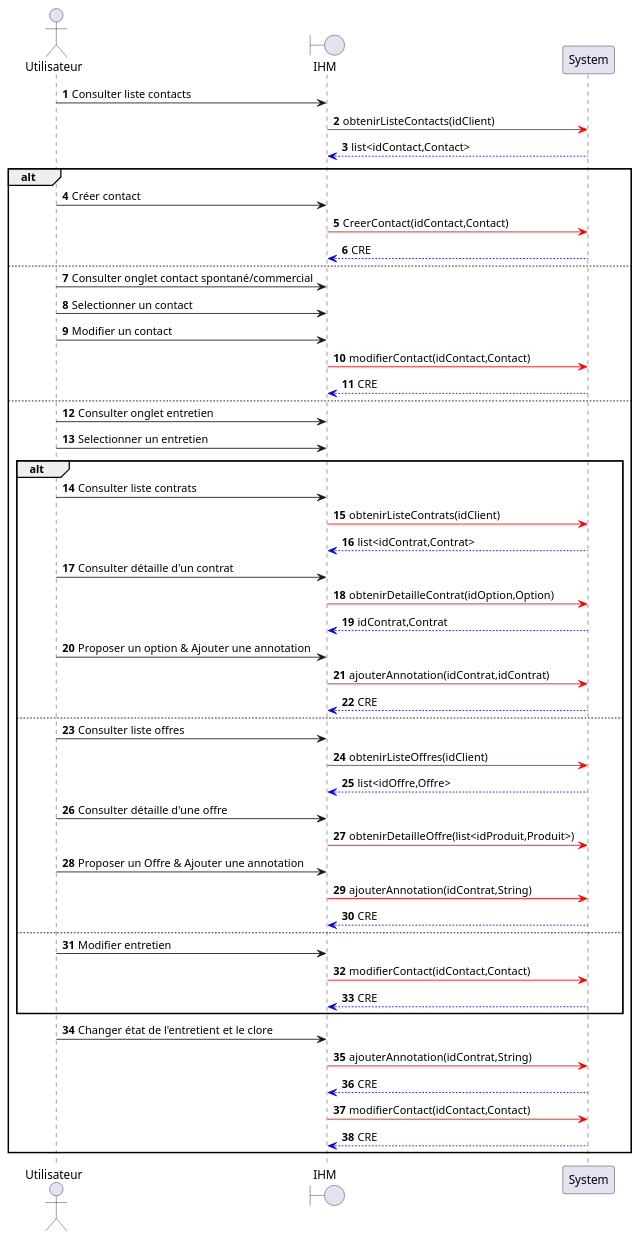
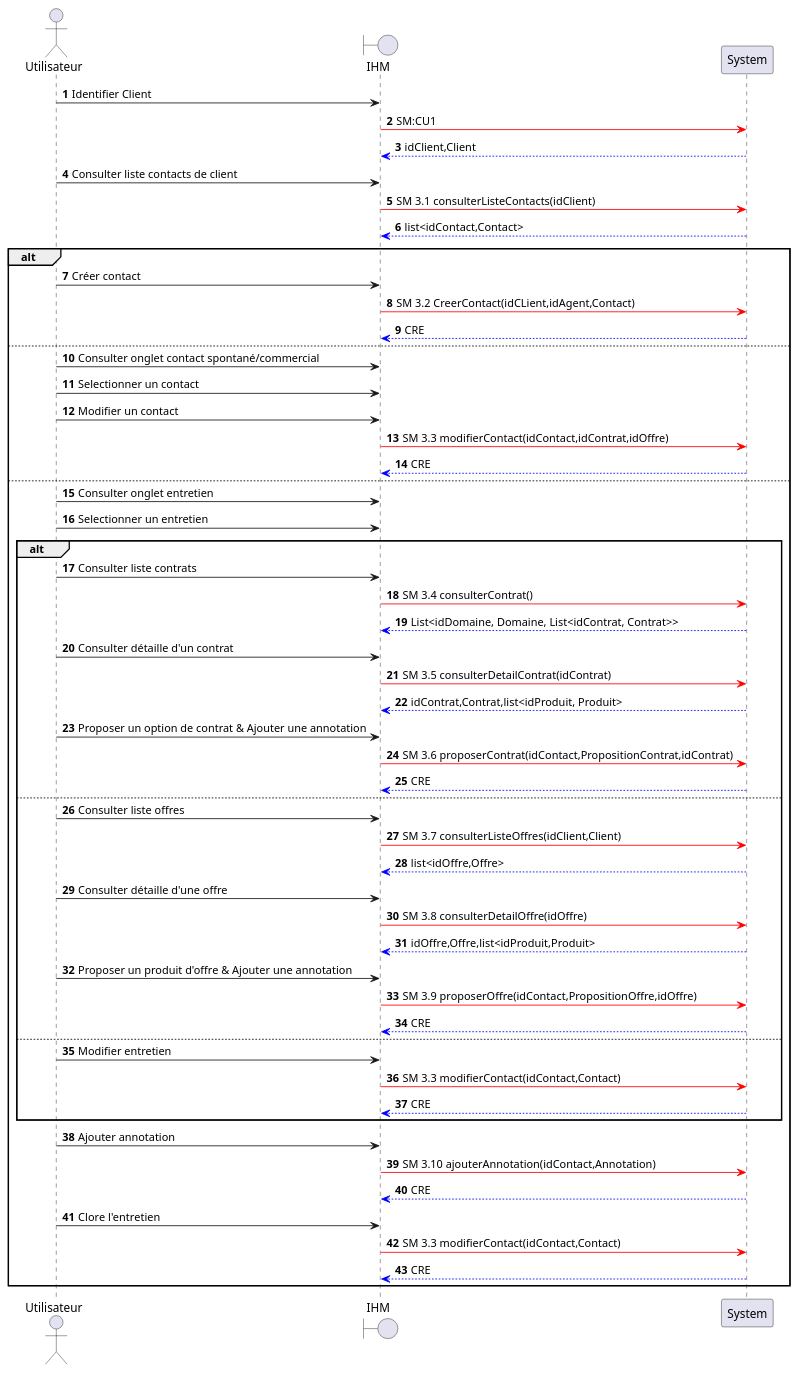
Before and after one commit to HZjiadong/PLD-MARS: the diagram in src/documentation/CU3-DSS.puml, drawn with PlantUML.

Commit message:
modif: modification de DA et de DSS de CU3.

```diff
--- a/src/documentation/CU3-DSS.puml
+++ b/src/documentation/CU3-DSS.puml
@@ -1,55 +1,60 @@
 @startuml
 actor Utilisateur as U
 boundary IHM as I
 participant System as S
 
 autonumber
+U->I: Identifier Client
+I-[#red]>S: SM:CU1
+S-[#0000FF]->I: idClient,Client
 
-U->I: Consulter liste contacts
-I-[#red]>S: obtenirListeContacts(idClient)
+U->I: Consulter liste contacts de client
+I-[#red]>S: SM 3.1 consulterListeContacts(idClient)
 S-[#0000FF]->I: list<idContact,Contact>
 
 alt
     U->I: Créer contact
-    I-[#red]>S: CreerContact(idContact,Contact)
+    I-[#red]>S: SM 3.2 CreerContact(idCLient,idAgent,Contact)
     S-[#0000FF]->I: CRE
 else
     U->I: Consulter onglet contact spontané/commercial
     U->I: Selectionner un contact
     U->I: Modifier un contact
-    I-[#red]>S: modifierContact(idContact,Contact)
+    I-[#red]>S: SM 3.3 modifierContact(idContact,idContrat,idOffre)
     S-[#0000FF]->I: CRE
 else
     U->I: Consulter onglet entretien
     U->I: Selectionner un entretien
     alt
         U->I: Consulter liste contrats
-        I-[#red]>S: obtenirListeContrats(idClient)
-        S-[#0000FF]->I: list<idContrat,Contrat>
+        I-[#red]>S: SM 3.4 consulterContrat()
+        S-[#0000FF]->I: List<idDomaine, Domaine, List<idContrat, Contrat>>
         U->I: Consulter détaille d'un contrat
-        I-[#red]>S: obtenirDetailleContrat(idOption,Option)
-        S-[#0000FF]->I: idContrat,Contrat
-        U->I: Proposer un option & Ajouter une annotation
-        I-[#red]>S: ajouterAnnotation(idContrat,idContrat)
+        I-[#red]>S: SM 3.5 consulterDetailContrat(idContrat)
+        S-[#0000FF]->I: idContrat,Contrat,list<idProduit, Produit>
+        U->I: Proposer un option de contrat & Ajouter une annotation
+        I-[#red]>S: SM 3.6 proposerContrat(idContact,PropositionContrat,idContrat)
         S-[#0000FF]->I: CRE
     else
         U->I: Consulter liste offres
-        I-[#red]>S: obtenirListeOffres(idClient)
+        I-[#red]>S: SM 3.7 consulterListeOffres(idClient,Client)
         S-[#0000FF]->I: list<idOffre,Offre>
         U->I: Consulter détaille d'une offre
-        I-[#red]>S: obtenirDetailleOffre(list<idProduit,Produit>)
-        U->I: Proposer un Offre & Ajouter une annotation
-        I-[#red]>S: ajouterAnnotation(idContrat,String)
+        I-[#red]>S: SM 3.8 consulterDetailOffre(idOffre)
+        S-[#0000FF]->I: idOffre,Offre,list<idProduit,Produit>
+        U->I: Proposer un produit d'offre & Ajouter une annotation
+        I-[#red]>S: SM 3.9 proposerOffre(idContact,PropositionOffre,idOffre)
         S-[#0000FF]->I: CRE
     else
         U->I: Modifier entretien
-        I-[#red]>S: modifierContact(idContact,Contact)
+        I-[#red]>S: SM 3.3 modifierContact(idContact,Contact)
         S-[#0000FF]->I: CRE
     end
-    U->I: Changer état de l'entretient et le clore
-    I-[#red]>S: ajouterAnnotation(idContrat,String)
+    U->I: Ajouter annotation
+    I-[#red]>S: SM 3.10 ajouterAnnotation(idContact,Annotation)
     S-[#0000FF]->I: CRE
-    I-[#red]>S: modifierContact(idContact,Contact)
+    U->I: Clore l'entretien
+    I-[#red]>S: SM 3.3 modifierContact(idContact,Contact)
     S-[#0000FF]->I: CRE
 end
 @enduml
```
